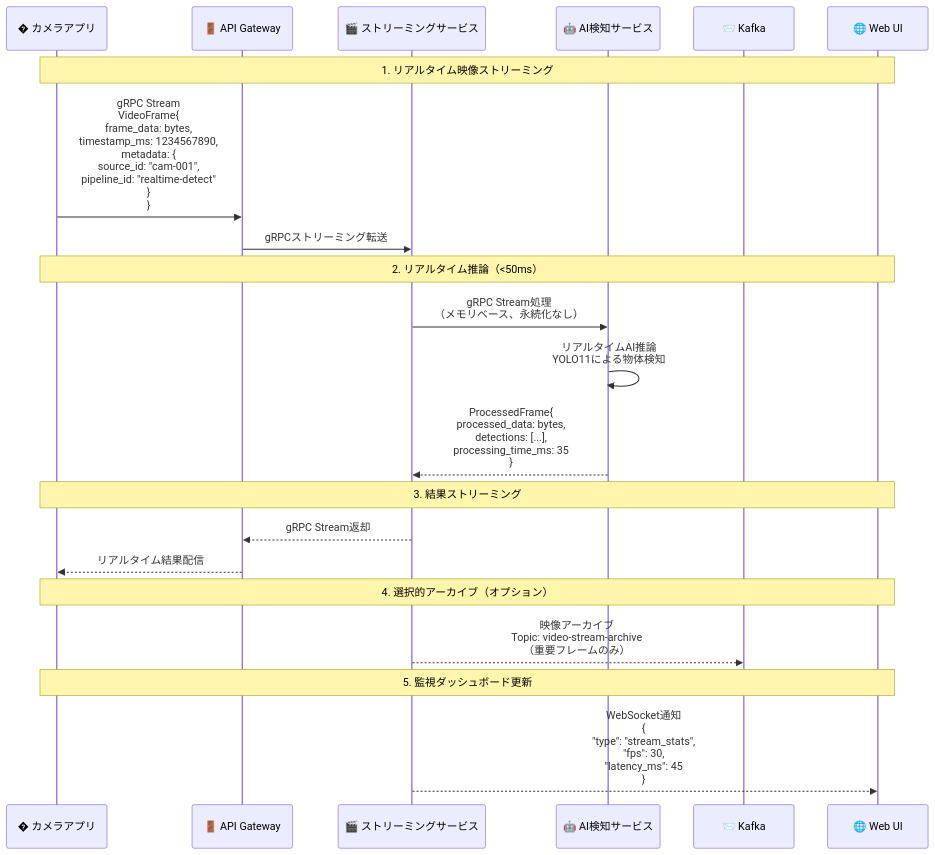
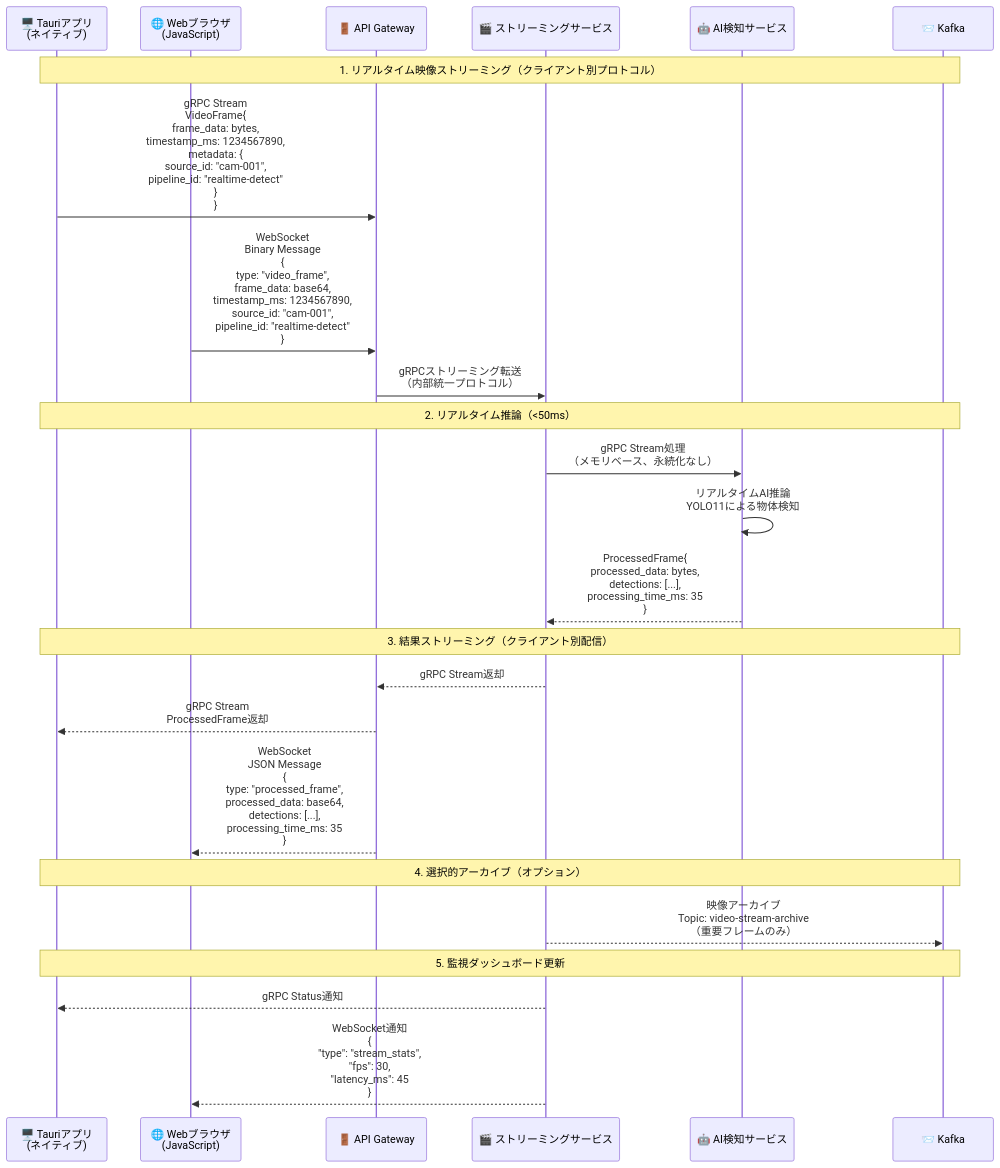
Before and after one commit to daichiTAAA/ImageFlowCanvas: the second of 5 diagrams in docs/0300_設計_アプローチ1/0304_API設計.md, drawn with Mermaid. The commit also changed other lines of this file, not shown here.

Commit message:
Clarify client protocol distinction in streaming data flow

````diff
--- a/docs/0300_設計_アプローチ1/0304_API設計.md
+++ b/docs/0300_設計_アプローチ1/0304_API設計.md
@@ -55,28 +62,40 @@
 ```mermaid
 sequenceDiagram
-    participant CameraApp as � カメラアプリ
+    participant TauriApp as 🖥️ Tauriアプリ<br/>(ネイティブ)
+    participant WebClient as 🌐 Webブラウザ<br/>(JavaScript)
     participant Gateway as 🚪 API Gateway  
     participant StreamService as 🎬 ストリーミングサービス
     participant AIService as 🤖 AI検知サービス
     participant Kafka as 📨 Kafka
-    participant WebUI as 🌐 Web UI
 
-    Note over CameraApp, WebUI: 1. リアルタイム映像ストリーミング
-    CameraApp->>Gateway: gRPC Stream<br/>VideoFrame{<br/>  frame_data: bytes,<br/>  timestamp_ms: 1234567890,<br/>  metadata: {<br/>    source_id: "cam-001",<br/>    pipeline_id: "realtime-detect"<br/>  }<br/>}
-    Gateway->>StreamService: gRPCストリーミング転送
+    Note over TauriApp, Kafka: 1. リアルタイム映像ストリーミング（クライアント別プロトコル）
     
-    Note over CameraApp, WebUI: 2. リアルタイム推論（<50ms）
+    %% Tauri gRPC接続
+    TauriApp->>Gateway: gRPC Stream<br/>VideoFrame{<br/>  frame_data: bytes,<br/>  timestamp_ms: 1234567890,<br/>  metadata: {<br/>    source_id: "cam-001",<br/>    pipeline_id: "realtime-detect"<br/>  }<br/>}
+    
+    %% Web WebSocket接続
+    WebClient->>Gateway: WebSocket<br/>Binary Message<br/>{<br/>  type: "video_frame",<br/>  frame_data: base64,<br/>  timestamp_ms: 1234567890,<br/>  source_id: "cam-001",<br/>  pipeline_id: "realtime-detect"<br/>}
+    
+    Gateway->>StreamService: gRPCストリーミング転送<br/>（内部統一プロトコル）
+    
+    Note over TauriApp, Kafka: 2. リアルタイム推論（<50ms）
     StreamService->>AIService: gRPC Stream処理<br/>（メモリベース、永続化なし）
     AIService->>AIService: リアルタイムAI推論<br/>YOLO11による物体検知
     AIService-->>StreamService: ProcessedFrame{<br/>  processed_data: bytes,<br/>  detections: [...],<br/>  processing_time_ms: 35<br/>}
     
-    Note over CameraApp, WebUI: 3. 結果ストリーミング
+    Note over TauriApp, Kafka: 3. 結果ストリーミング（クライアント別配信）
     StreamService-->>Gateway: gRPC Stream返却
-    Gateway-->>CameraApp: リアルタイム結果配信
     
-    Note over CameraApp, WebUI: 4. 選択的アーカイブ（オプション）
+    %% Tauri gRPC配信
+    Gateway-->>TauriApp: gRPC Stream<br/>ProcessedFrame返却
+    
+    %% Web WebSocket配信
+    Gateway-->>WebClient: WebSocket<br/>JSON Message<br/>{<br/>  type: "processed_frame",<br/>  processed_data: base64,<br/>  detections: [...],<br/>  processing_time_ms: 35<br/>}
+    
+    Note over TauriApp, Kafka: 4. 選択的アーカイブ（オプション）
     StreamService-->>Kafka: 映像アーカイブ<br/>Topic: video-stream-archive<br/>（重要フレームのみ）
     
-    Note over CameraApp, WebUI: 5. 監視ダッシュボード更新
-    StreamService-->>WebUI: WebSocket通知<br/>{<br/>  "type": "stream_stats",<br/>  "fps": 30,<br/>  "latency_ms": 45<br/>}
+    Note over TauriApp, Kafka: 5. 監視ダッシュボード更新
+    StreamService-->>TauriApp: gRPC Status通知
+    StreamService-->>WebClient: WebSocket通知<br/>{<br/>  "type": "stream_stats",<br/>  "fps": 30,<br/>  "latency_ms": 45<br/>}
 ```
````
